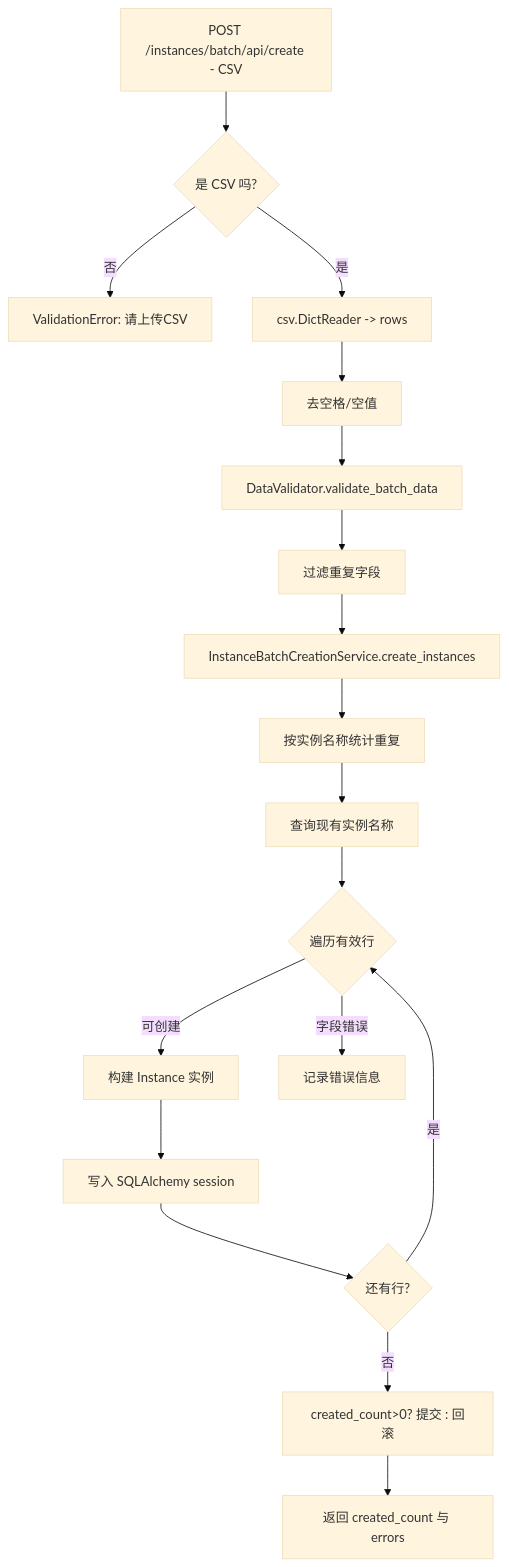
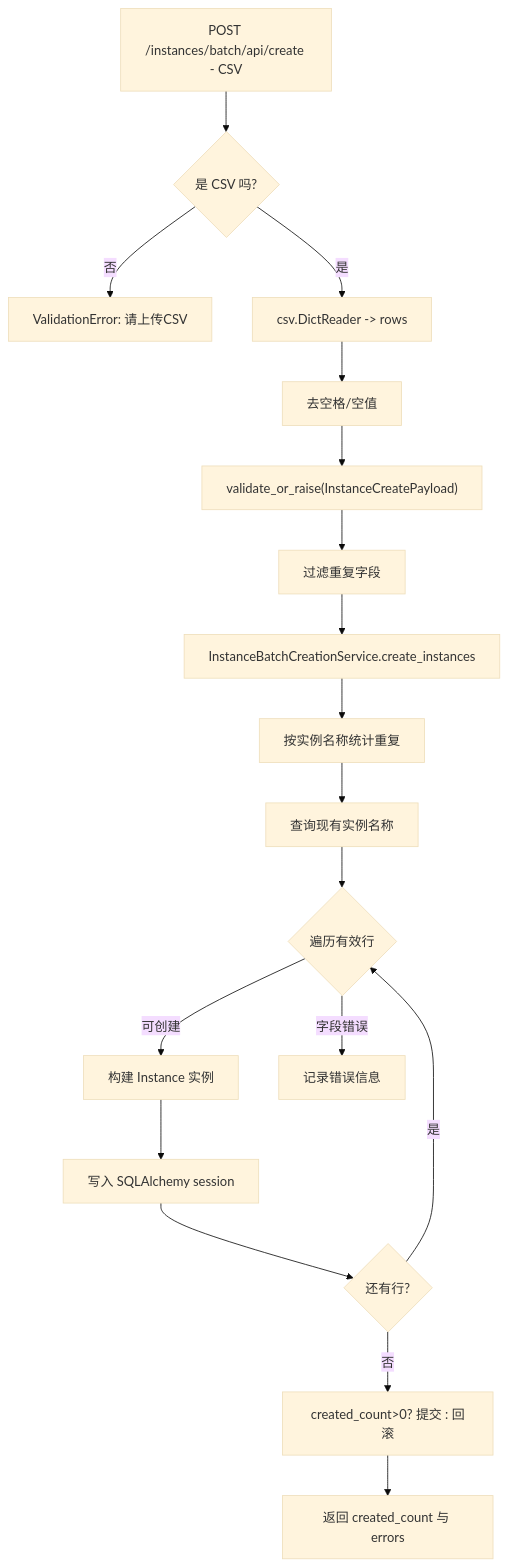
Before and after one commit to nyealovey/WhaleFall: the second of 3 diagrams in docs/architecture/flows/whalefall-crud-bulk-flows.md, drawn with Mermaid (base theme). The commit also changed other lines of this file and 41 other files, not shown here.

````diff
--- a/docs/architecture/flows/whalefall-crud-bulk-flows.md
+++ b/docs/architecture/flows/whalefall-crud-bulk-flows.md
@@ -66,20 +66,20 @@
 ```mermaid
 flowchart TD
     Upload[POST /instances/batch/api/create - CSV] --> CheckFile{是 CSV 吗?}
     CheckFile -->|否| Raise["ValidationError: 请上传CSV"]
     CheckFile -->|是| Parse["csv.DictReader -> rows"]
     Parse --> Clean[去空格/空值]
-    Clean --> Validate["DataValidator.validate_batch_data"]
+    Clean --> Validate["validate_or_raise(InstanceCreatePayload)"]
     Validate --> BuildPayload[过滤重复字段]
     BuildPayload --> Service["InstanceBatchCreationService.create_instances"]
     Service --> DupCheck[按实例名称统计重复]
     DupCheck --> Existing[查询现有实例名称]
     Existing --> Loop{遍历有效行}
     Loop -->|可创建| Build[构建 Instance 实例]
     Build --> AddInstance[写入 SQLAlchemy session]
     Loop -->|字段错误| CollectErr[记录错误信息]
     AddInstance --> Next{还有行?}
     Next -->|是| Loop
     Next -->|否| CommitDecision[created_count>0? 提交 : 回滚]
     CommitDecision --> ResponseNode[返回 created_count 与 errors]
 ```
````
